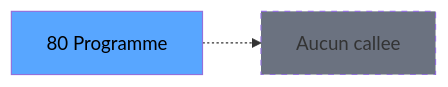
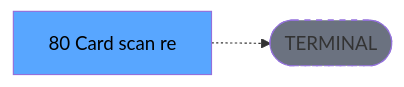
One commit to thonyAGP/lecteur-magic changed the third of 3 diagrams in .openspec/renders/ADH-IDE-80.md. Above: the diagram before and after it, drawn with Mermaid. The commit also changed other lines of this file and 701 other files, not shown here.

````diff
--- a/.openspec/renders/ADH-IDE-80.md
+++ b/.openspec/renders/ADH-IDE-80.md
@@ -152,8 +135,8 @@
 ```mermaid
 graph LR
-    T[80 Programme]
-    NONE[Aucun callee]
-    T -.-> NONE
+    T[80    Card scan re]
+    TERM([TERMINAL])
+    T -.-> TERM
+    style TERM fill:#6b7280,stroke-dasharray: 5 5
     style T fill:#58a6ff,color:#000
-    style NONE fill:#6b7280,stroke-dasharray: 5 5
 ```
````
